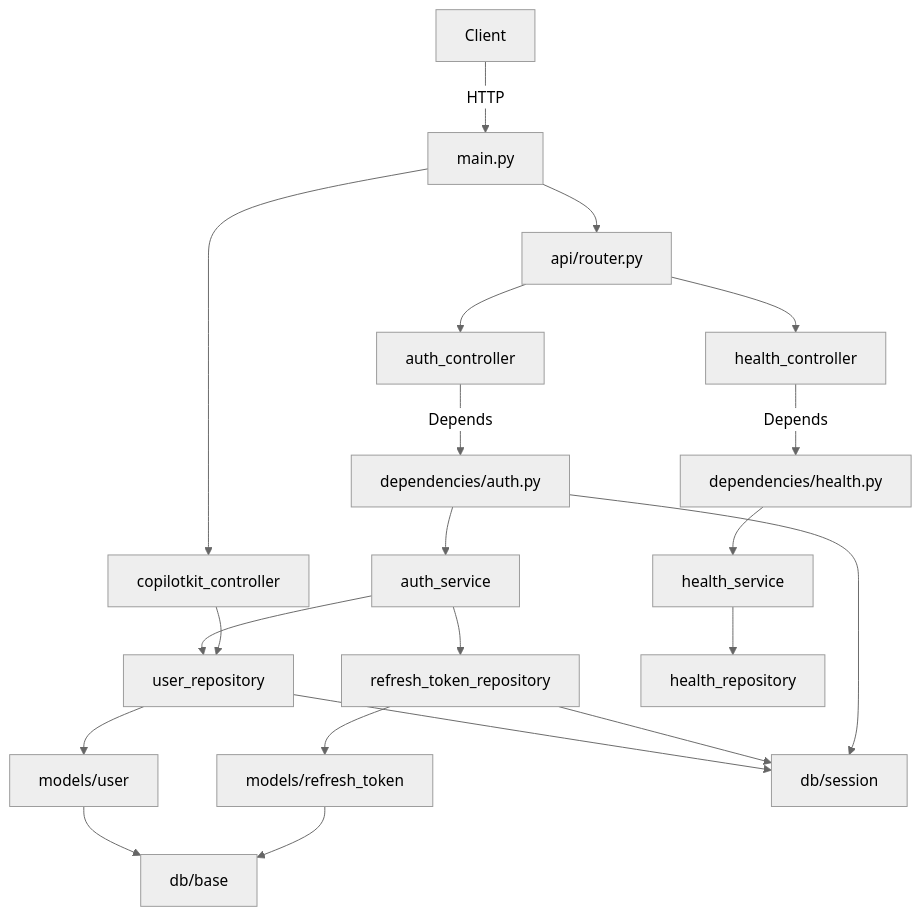
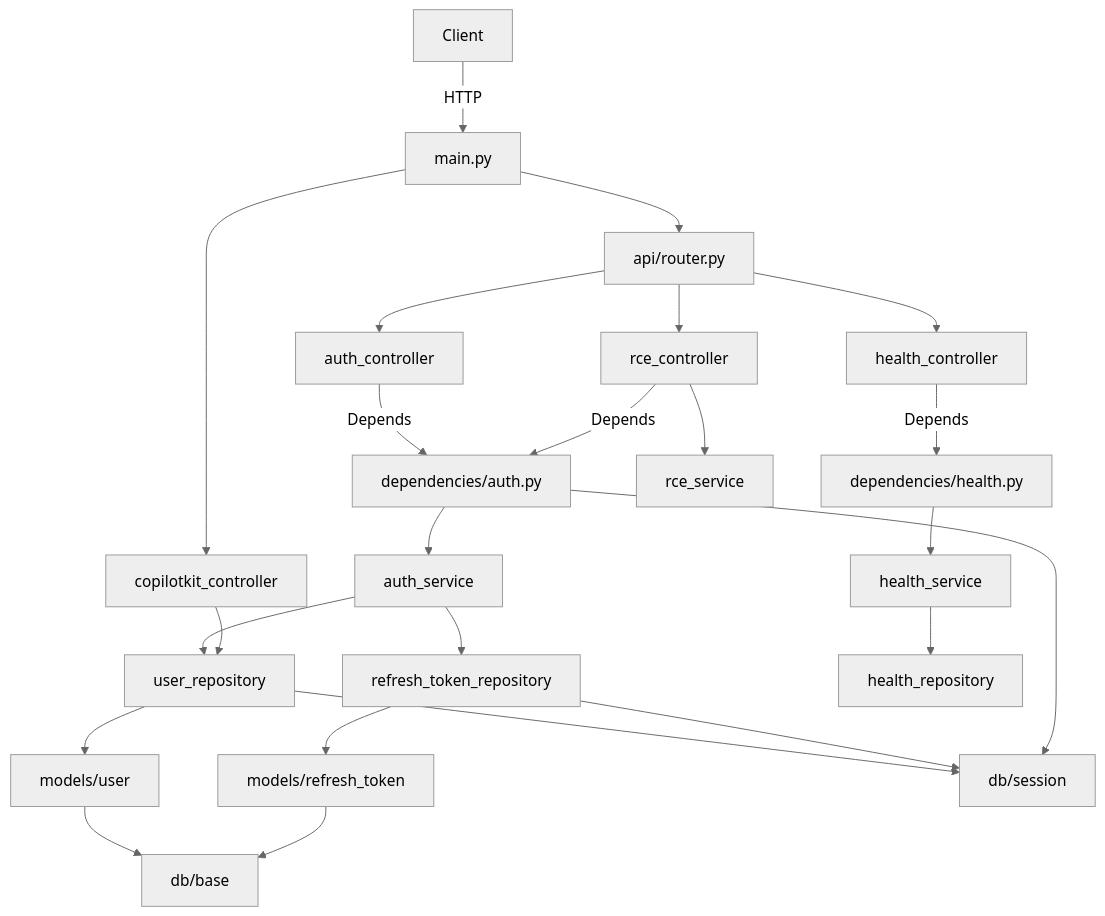
Before and after one commit to dhruva-nu/Project-hannibal: the diagram in hannibal-vault/00 - Backend Overview.md, drawn with Mermaid (neutral theme). The commit also changed other lines of this file and 13 other files, not shown here.

````diff
--- a/hannibal-vault/00 - Backend Overview.md
+++ b/hannibal-vault/00 - Backend Overview.md
@@ -15,29 +15,32 @@
 ```mermaid
 flowchart TD
     Client -->|HTTP| main[main.py]
     main --> router[api/router.py]
     router --> AC[auth_controller]
     router --> HC[health_controller]
+    router --> RC[rce_controller]
     main --> CC[copilotkit_controller]
 
     AC -->|Depends| dep_auth[dependencies/auth.py]
     HC -->|Depends| dep_health[dependencies/health.py]
 
     dep_auth --> AS[auth_service]
     dep_health --> HS[health_service]
+    RC -->|Depends| dep_auth
+    RC --> RS[rce_service]
 
     AS --> UR[user_repository]
     AS --> RTR[refresh_token_repository]
     HS --> HR[health_repository]
 
     CC --> UR
 
     UR --> User[models/user]
     RTR --> RT[models/refresh_token]
 
     User --> Base[db/base]
     RT --> Base
     UR --> Session[db/session]
     RTR --> Session
     dep_auth --> Session
 ```
````
